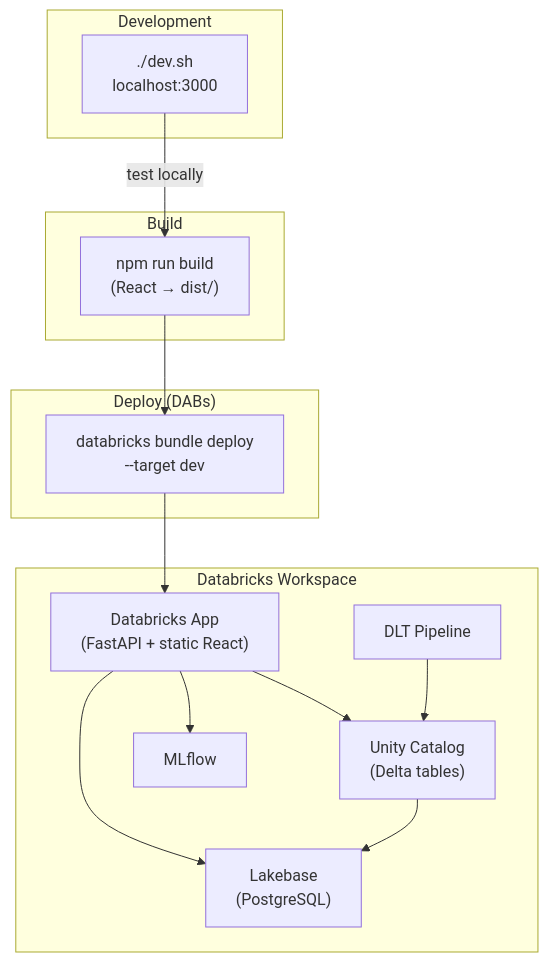
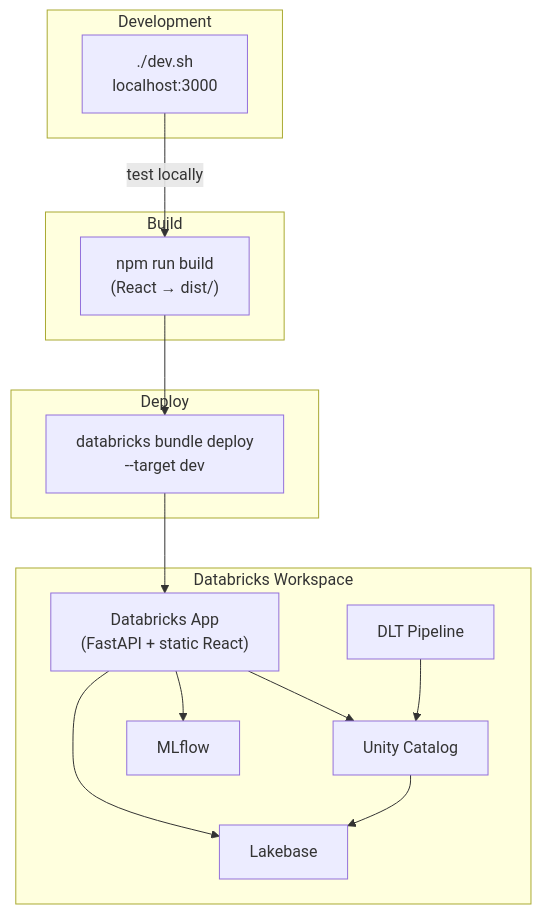
The fifth of 5 diagrams in README.md (LaurentPRAT-DB/databricks-airport-digital-twin), drawn with Mermaid before and after one commit. The commit also changed other lines of this file, not shown here.

First line of the commit message:
docs: rewrite README with audience sections + data architecture narrative

````diff
--- a/README.md
+++ b/README.md
@@ -425,26 +582,26 @@
 ```mermaid
 graph TB
     subgraph "Development"
         DEV["./dev.sh<br/>localhost:3000"]
     end
 
     subgraph "Build"
         BUILD["npm run build<br/>(React → dist/)"]
     end
 
-    subgraph "Deploy (DABs)"
+    subgraph "Deploy"
         DAB["databricks bundle deploy<br/>--target dev"]
     end
 
     subgraph "Databricks Workspace"
         APP["Databricks App<br/>(FastAPI + static React)"]
-        UC["Unity Catalog<br/>(Delta tables)"]
-        LB["Lakebase<br/>(PostgreSQL)"]
+        UC["Unity Catalog"]
+        LB["Lakebase"]
         DLT["DLT Pipeline"]
         MLF["MLflow"]
     end
 
     DEV -->|test locally| BUILD --> DAB --> APP
     APP --> UC & LB & MLF
     DLT --> UC --> LB
 ```
````
